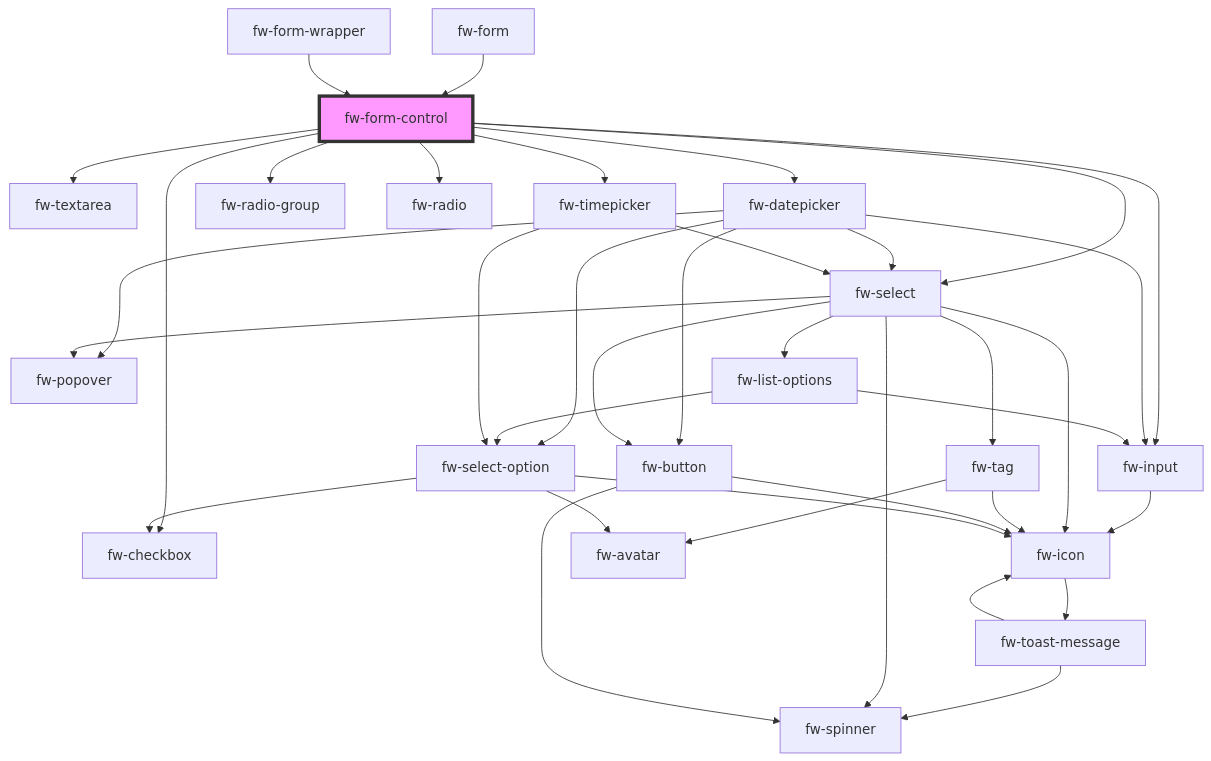
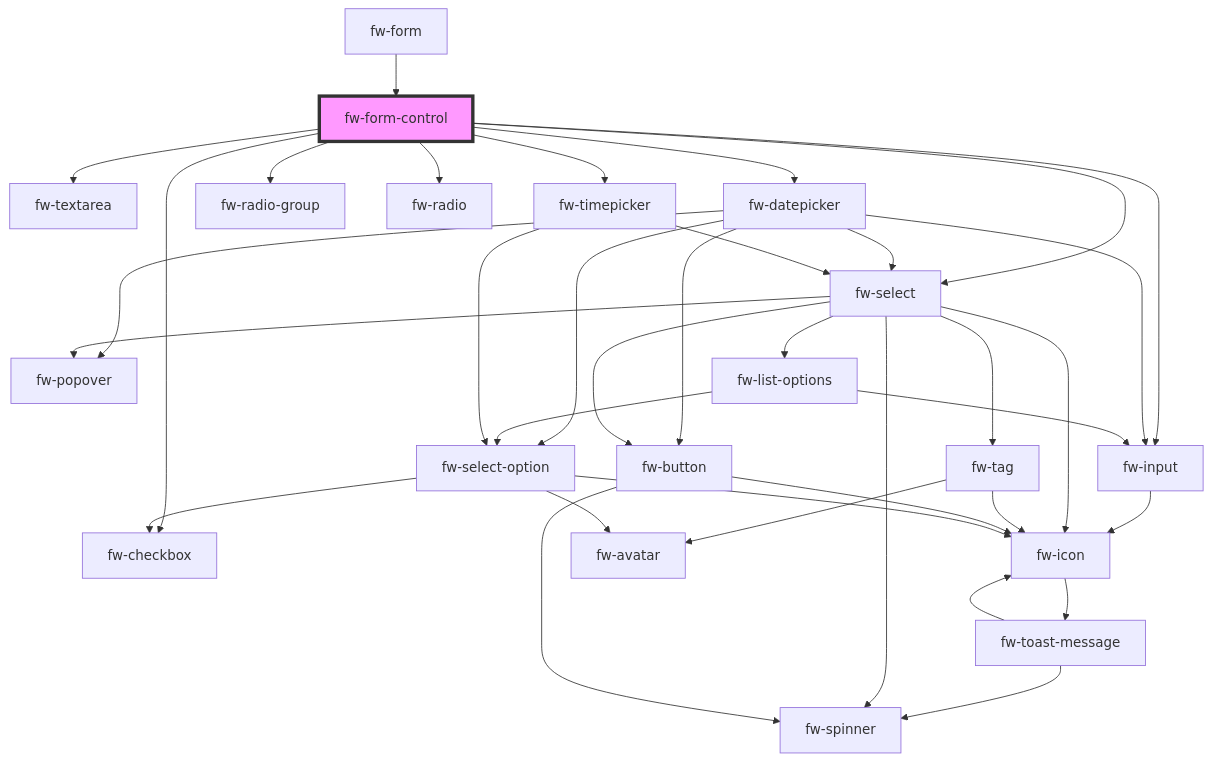
One commit to freshworks/crayons changed the diagram in packages/crayons-core/src/components/form-control/readme.md. Above: the diagram before and after it, drawn with Mermaid. The commit also changed other lines of this file and 5 other files, not shown here.

Commit message:
fix(fw-form-wrapper): remove form-wrapper as it is handled by fw-form

````diff
--- a/packages/crayons-core/src/components/form-control/readme.md
+++ b/packages/crayons-core/src/components/form-control/readme.md
@@ -42,40 +41,39 @@
 ```mermaid
 graph TD;
   fw-form-control --> fw-input
   fw-form-control --> fw-textarea
   fw-form-control --> fw-datepicker
   fw-form-control --> fw-checkbox
   fw-form-control --> fw-radio-group
   fw-form-control --> fw-radio
   fw-form-control --> fw-select
   fw-form-control --> fw-timepicker
   fw-input --> fw-icon
   fw-icon --> fw-toast-message
   fw-toast-message --> fw-spinner
   fw-toast-message --> fw-icon
   fw-datepicker --> fw-popover
   fw-datepicker --> fw-input
   fw-datepicker --> fw-select
   fw-datepicker --> fw-select-option
   fw-datepicker --> fw-button
   fw-select --> fw-tag
   fw-select --> fw-popover
   fw-select --> fw-button
   fw-select --> fw-spinner
   fw-select --> fw-icon
   fw-select --> fw-list-options
   fw-tag --> fw-avatar
   fw-tag --> fw-icon
   fw-button --> fw-spinner
   fw-button --> fw-icon
   fw-list-options --> fw-select-option
   fw-list-options --> fw-input
   fw-select-option --> fw-icon
   fw-select-option --> fw-checkbox
   fw-select-option --> fw-avatar
   fw-timepicker --> fw-select
   fw-timepicker --> fw-select-option
   fw-form --> fw-form-control
-  fw-form-wrapper --> fw-form-control
   style fw-form-control fill:#f9f,stroke:#333,stroke-width:4px
 ```
````
